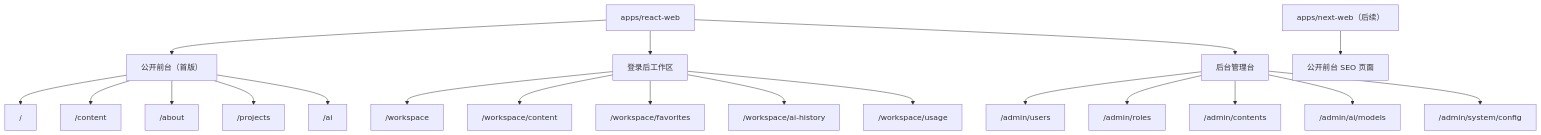
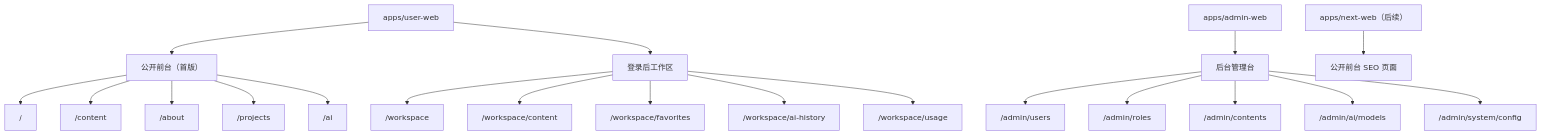
One commit to orangejava/personal-hub changed the third of 10 diagrams in docs/foundation/architecture.md. Above: the diagram before and after it, drawn with Mermaid. The commit also changed other lines of this file and 728 other files, not shown here.

````diff
--- a/docs/foundation/architecture.md
+++ b/docs/foundation/architecture.md
@@ -69,26 +74,26 @@
 ```mermaid
 flowchart TD
-    ReactWeb["apps/react-web"]
+    ReactWeb["apps/user-web"]
     ReactWeb --> Public["公开前台（首版）"]
     ReactWeb --> Workspace["登录后工作区"]
-    ReactWeb --> Admin["后台管理台"]
+    AdminWeb["apps/admin-web"] --> Admin["后台管理台"]
     NextWeb["apps/next-web（后续）"] --> PublicNext["公开前台 SEO 页面"]
 
     Public --> Home["/"]
     Public --> Content["/content"]
     Public --> About["/about"]
     Public --> Projects["/projects"]
     Public --> AIHub["/ai"]
 
     Workspace --> Dashboard["/workspace"]
     Workspace --> MyContent["/workspace/content"]
     Workspace --> Favorites["/workspace/favorites"]
     Workspace --> AIHistory["/workspace/ai-history"]
     Workspace --> Usage["/workspace/usage"]
 
     Admin --> Users["/admin/users"]
     Admin --> Roles["/admin/roles"]
     Admin --> Contents["/admin/contents"]
     Admin --> Models["/admin/ai/models"]
     Admin --> Config["/admin/system/config"]
 ```
````
